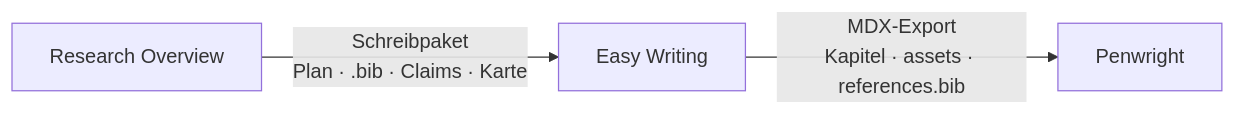
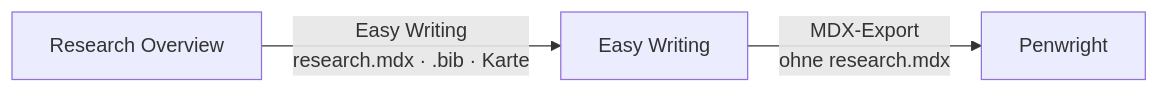
One commit to renejes/apropos changed the first of 2 diagrams in README.md. Above: the diagram before and after it, drawn with Mermaid. The commit also changed other lines of this file and 22 other files, not shown here.

Commit message:
Übergibt Research als Easy-Writing-Ordner, damit Dossier und Artikel nebeneinander liegen.

````diff
--- a/README.md
+++ b/README.md
@@ -32,5 +32,5 @@
 ```mermaid
 flowchart LR
-    R[Research Overview] -->|Schreibpaket<br/>Plan · .bib · Claims · Karte| E[Easy Writing]
-    E -->|MDX-Export<br/>Kapitel · assets · references.bib| P[Penwright]
+    R[Research Overview] -->|Easy Writing<br/>research.mdx · .bib · Karte| E[Easy Writing]
+    E -->|MDX-Export<br/>ohne research.mdx| P[Penwright]
 ```
````
